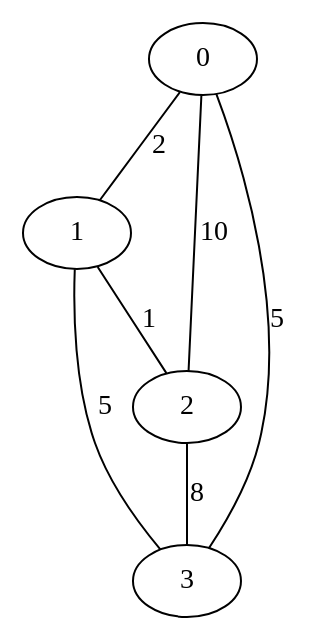
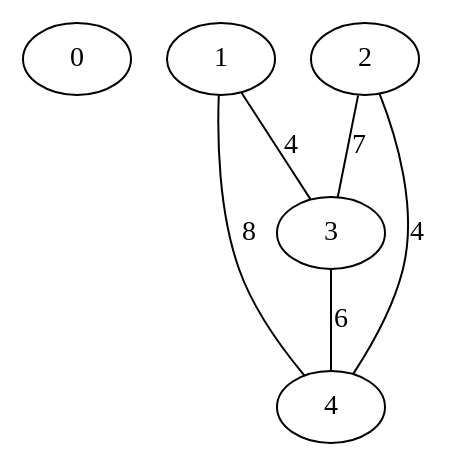
Before and after one commit to nand1nha/Tecnica-de-programacao-avancada: the diagram in coloracao-de-grafo/grafo.dot, drawn with Graphviz. The commit also changed 4 other files, not shown here.

```diff
--- a/coloracao-de-grafo/grafo.dot
+++ b/coloracao-de-grafo/grafo.dot
@@ -1,12 +1,12 @@
 graph G {
   0;
   1;
   2;
   3;
-  0 -- 1 [label=2,weight=2];
-  0 -- 2 [label=10,weight=10];
-  0 -- 3 [label=5,weight=5];
-  1 -- 3 [label=5,weight=5];
-  1 -- 2 [label=1,weight=1];
-  2 -- 3 [label=8,weight=8];
+  4;
+  1 -- 3 [label=4,weight=4];
+  1 -- 4 [label=8,weight=8];
+  2 -- 3 [label=7,weight=7];
+  2 -- 4 [label=4,weight=4];
+  3 -- 4 [label=6,weight=6];
 }
```
